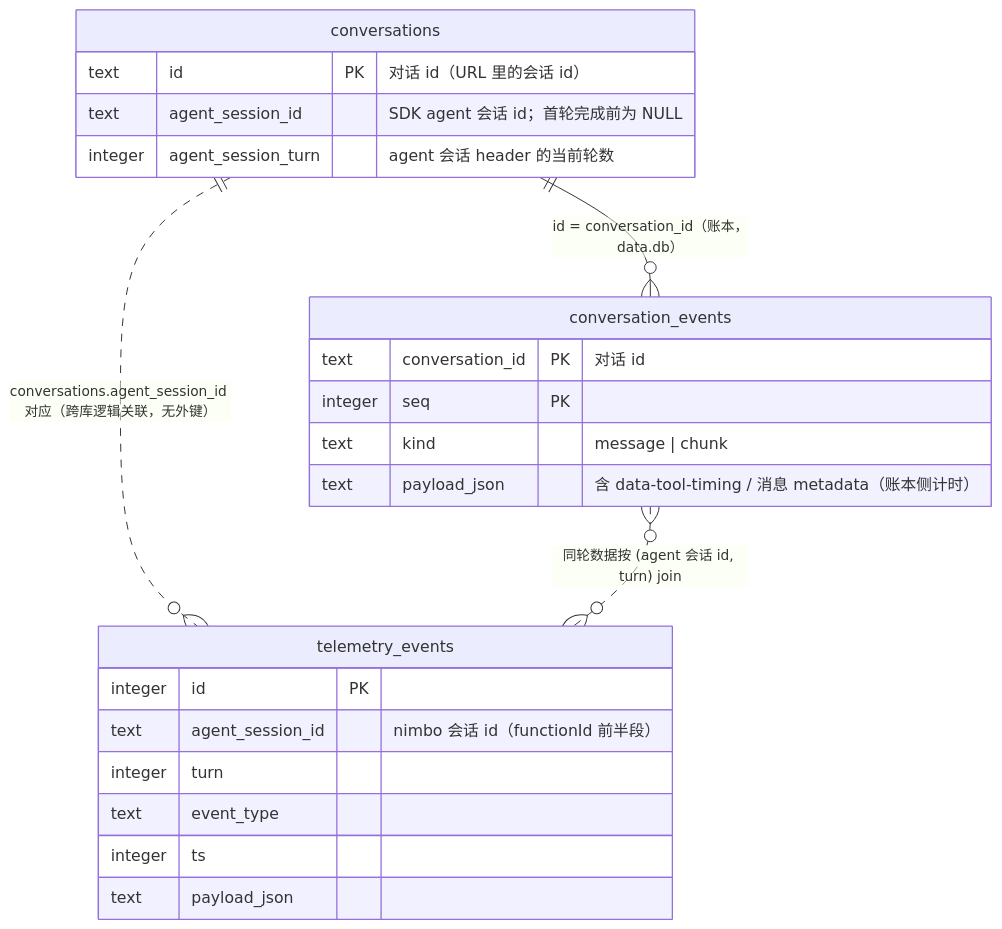
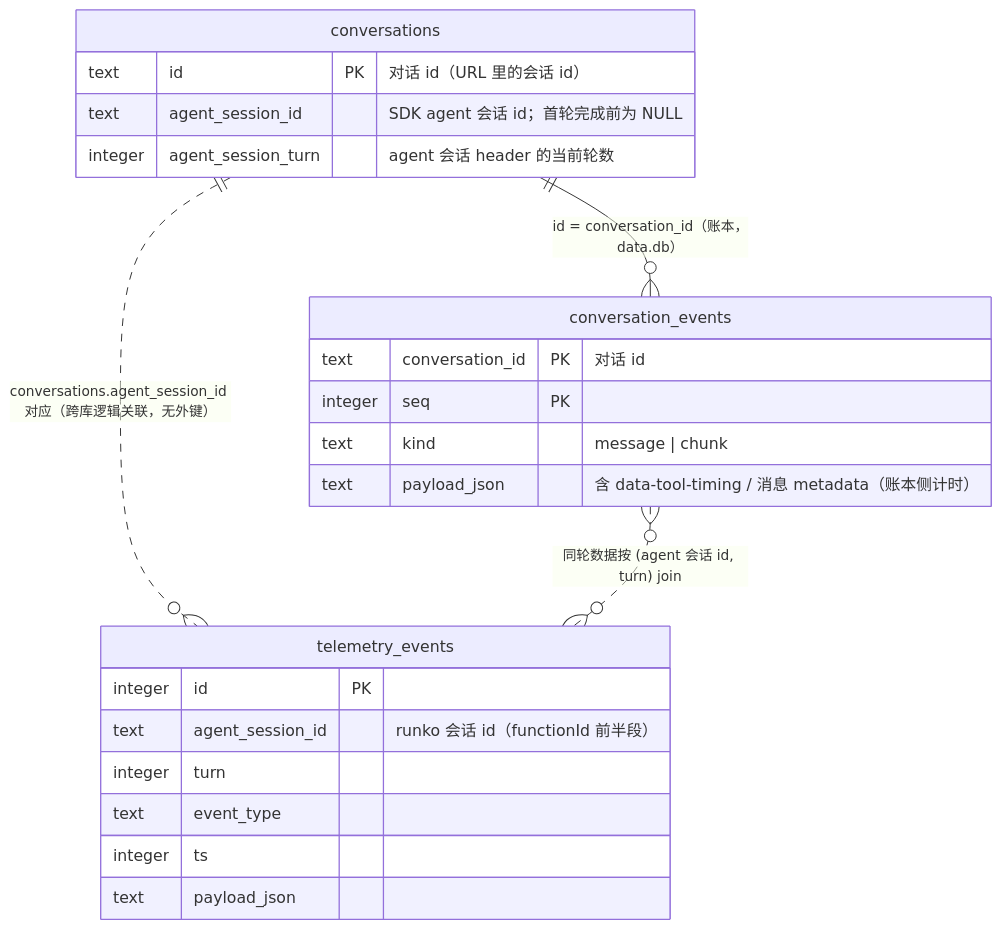
The first of 3 diagrams in docs/ingress/tech/telemetry.md (ludafa/runko), drawn with Mermaid before and after one commit. The commit also changed other lines of this file and 450 other files, not shown here.

First line of the commit message:
refactor: 全仓库改名 nimbo → runko，库表名改用 agent_ 前缀

````diff
--- a/docs/ingress/tech/telemetry.md
+++ b/docs/ingress/tech/telemetry.md
@@ -53,26 +53,26 @@
 ```mermaid
 erDiagram
     conversations ||--o{ conversation_events : "id = conversation_id（账本，data.db）"
     conversations ||..o{ telemetry_events : "conversations.agent_session_id 对应（跨库逻辑关联，无外键）"
     conversation_events }o..o{ telemetry_events : "同轮数据按 (agent 会话 id, turn) join"
 
     conversations {
         text id PK "对话 id（URL 里的会话 id）"
         text agent_session_id "SDK agent 会话 id；首轮完成前为 NULL"
         integer agent_session_turn "agent 会话 header 的当前轮数"
     }
     conversation_events {
         text conversation_id PK "对话 id"
         integer seq PK
         text kind "message | chunk"
         text payload_json "含 data-tool-timing / 消息 metadata（账本侧计时）"
     }
     telemetry_events {
         integer id PK
-        text agent_session_id "nimbo 会话 id（functionId 前半段）"
+        text agent_session_id "runko 会话 id（functionId 前半段）"
         integer turn
         text event_type
         integer ts
         text payload_json
     }
 ```
````
